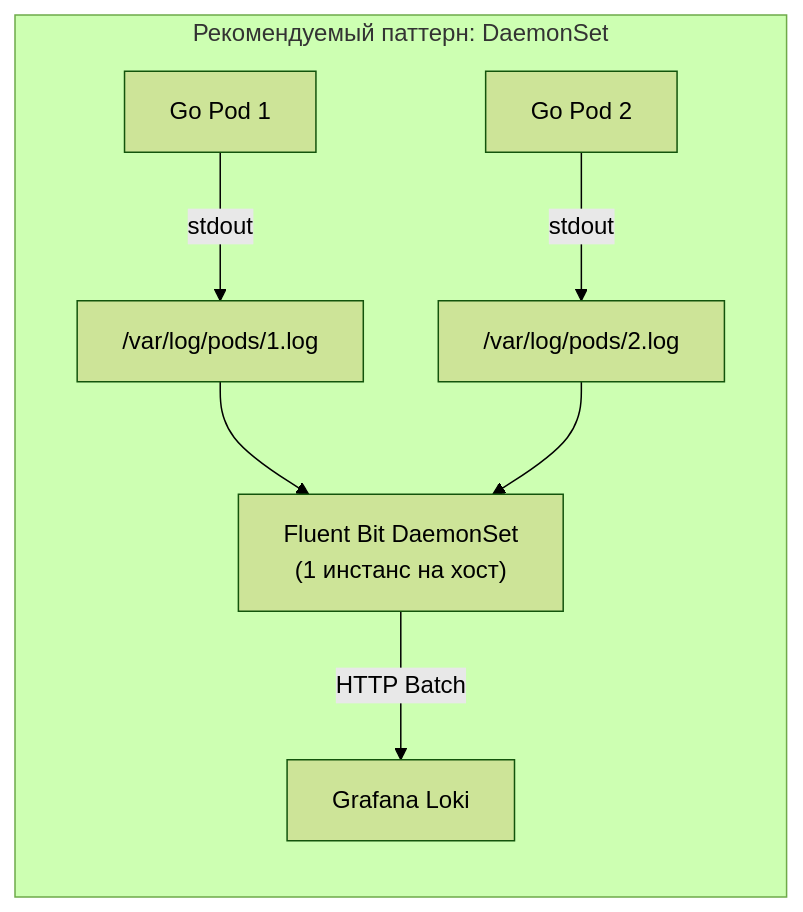
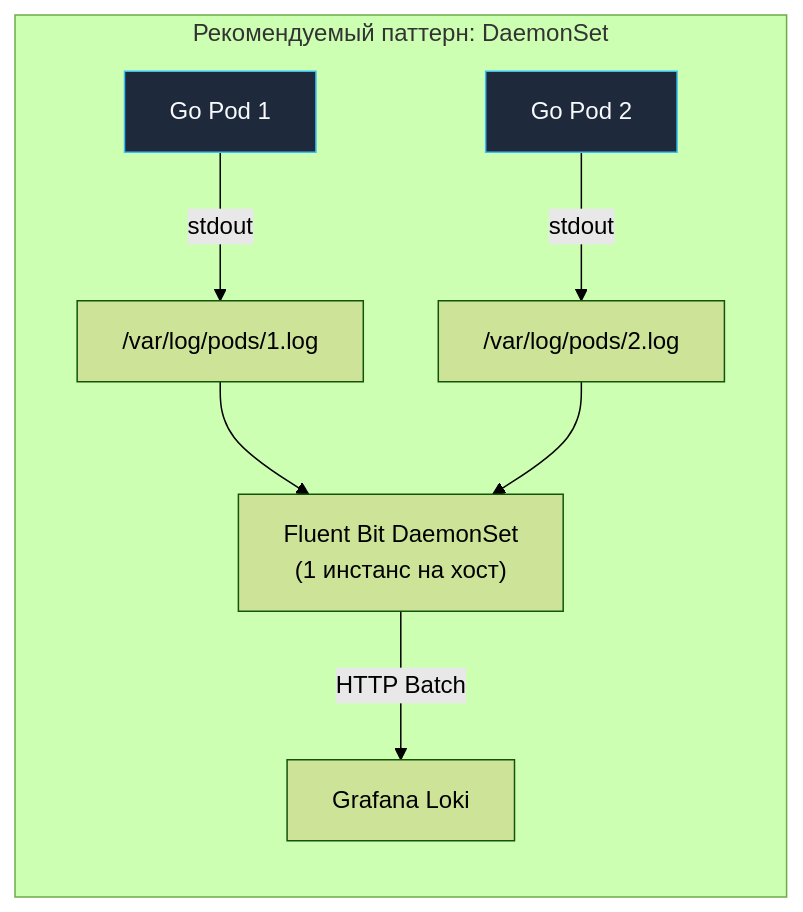
The third of 3 diagrams in sources/19. Инфраструктура. Linux, nginx, Docker, Kubernetes/05. Практика/5. Логи инфраструктуры.md (UnrealTemplier/go-textbook), drawn with Mermaid (forest theme) before and after one commit. The commit also changed other lines of this file and 1666 other files, not shown here.

First line of the commit message:
feat(mermaid): add semantic color classDef to 1369 colorless flowchart/graph diagrams

````diff
--- a/sources/19. Инфраструктура. Linux, nginx, Docker, Kubernetes/05. Практика/5. Логи инфраструктуры.md
+++ b/sources/19. Инфраструктура. Linux, nginx, Docker, Kubernetes/05. Практика/5. Логи инфраструктуры.md
@@ -128,10 +138,20 @@
 ```mermaid
 flowchart LR
+    classDef process  fill:#1e293b,stroke:#38bdf8,stroke-width:1px,color:#f8fafc
+    classDef success  fill:#064e3b,stroke:#34d399,stroke-width:1px,color:#f8fafc
+    classDef error    fill:#7f1d1d,stroke:#f87171,stroke-width:1px,color:#f8fafc
+    classDef warning  fill:#78350f,stroke:#fbbf24,stroke-width:1px,color:#f8fafc
+    classDef entry    fill:#1e3a5f,stroke:#38bdf8,stroke-width:2px,color:#f8fafc
+    classDef aux      fill:#334155,stroke:#64748b,stroke-width:1px,color:#f8fafc
+    classDef system   fill:#312e81,stroke:#a78bfa,stroke-width:1px,color:#f8fafc
+    classDef data     fill:#132d29,stroke:#2dd4bf,stroke-width:1px,color:#f8fafc
+    classDef network  fill:#881337,stroke:#fb7185,stroke-width:1px,color:#f8fafc
+    classDef accent   fill:#1e1b4b,stroke:#818cf8,stroke-width:1px,color:#f8fafc
     subgraph DaemonSetPattern["Рекомендуемый паттерн: DaemonSet"]
-        P1["Go Pod 1"] -->|"stdout"| F1["/var/log/pods/1.log"]
-        P2["Go Pod 2"] -->|"stdout"| F2["/var/log/pods/2.log"]
+        P1["Go Pod 1"]:::process -->|"stdout"| F1["/var/log/pods/1.log"]
+        P2["Go Pod 2"]:::process -->|"stdout"| F2["/var/log/pods/2.log"]
         F1 --> FB["Fluent Bit DaemonSet\n(1 инстанс на хост)"]
         F2 --> FB
         FB -->|"HTTP Batch"| Loki["Grafana Loki"]
     end
 ```
````
